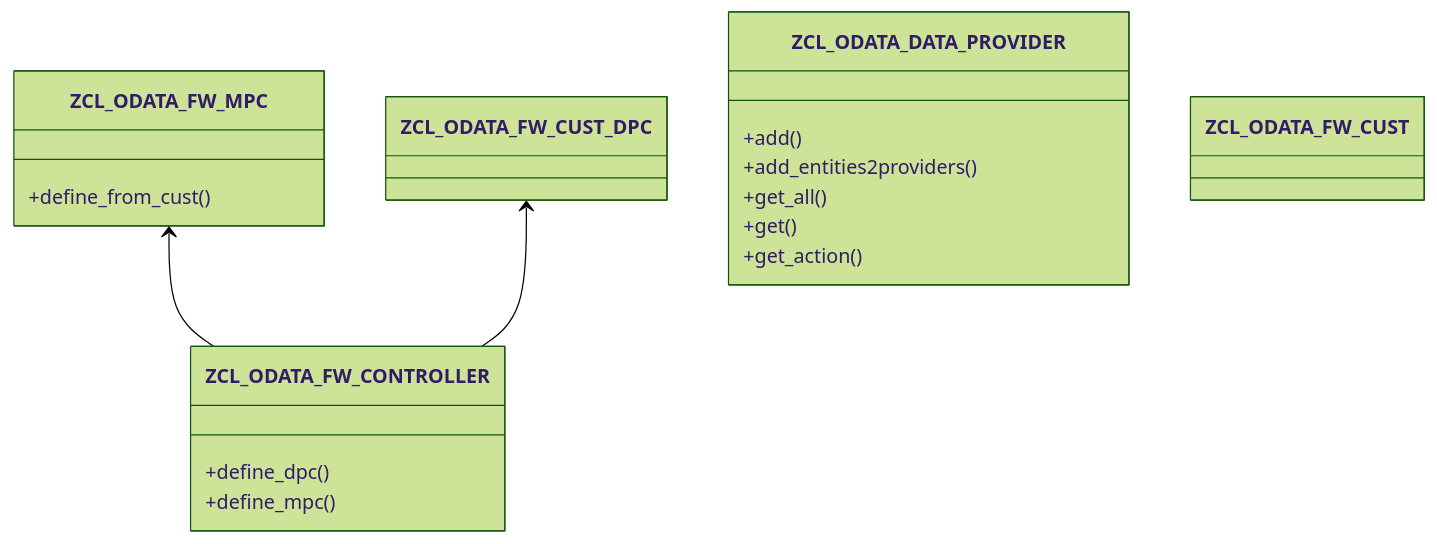
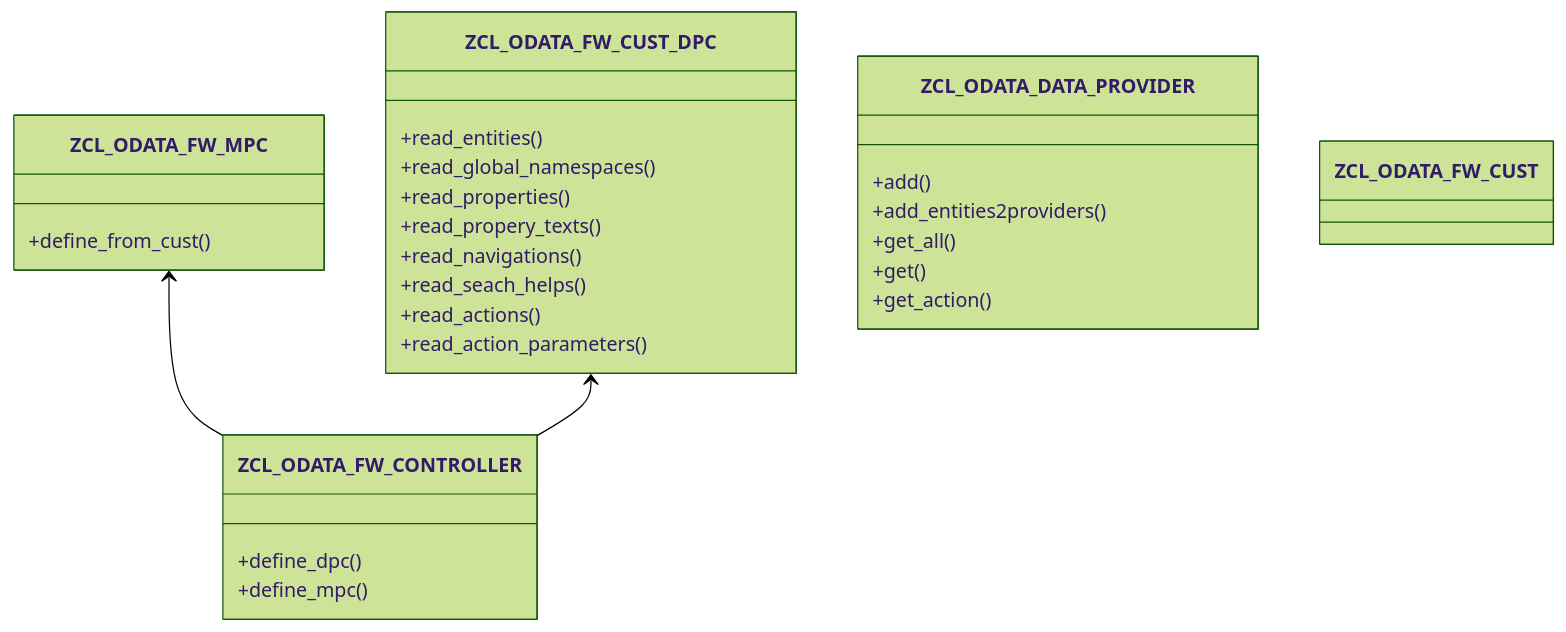
One commit to miggi92/odata-fw changed the diagram in docs/documentation/dev objects/classes/index.md. Above: the diagram before and after it, drawn with Mermaid (forest theme). The commit also changed 1 other file, not shown here.

Commit message:
added cust_dpc docu

````diff
--- a/docs/documentation/dev objects/classes/index.md
+++ b/docs/documentation/dev objects/classes/index.md
@@ -21,31 +21,38 @@
 ```mermaid
 classDiagram
 
 	ZCL_ODATA_FW_MPC <-- ZCL_ODATA_FW_CONTROLLER
     ZCL_ODATA_FW_CUST_DPC <-- ZCL_ODATA_FW_CONTROLLER
 
 	class ZCL_ODATA_FW_CONTROLLER{
         +define_dpc()
         +define_mpc()
 	}
 
 	class ZCL_ODATA_FW_MPC{
 		+define_from_cust()
 	}
 
     class ZCL_ODATA_FW_CUST_DPC{
-
+		+read_entities()
+		+read_global_namespaces()
+		+read_properties()
+		+read_propery_texts()
+		+read_navigations()
+		+read_seach_helps()
+		+read_actions()
+		+read_action_parameters()
 	}
 
 	class ZCL_ODATA_DATA_PROVIDER{
 		+add()
 		+add_entities2providers()
 		+get_all()
 		+get()
 		+get_action()
 	}
 
 	class ZCL_ODATA_FW_CUST{
 		
 	}
 ```
````
